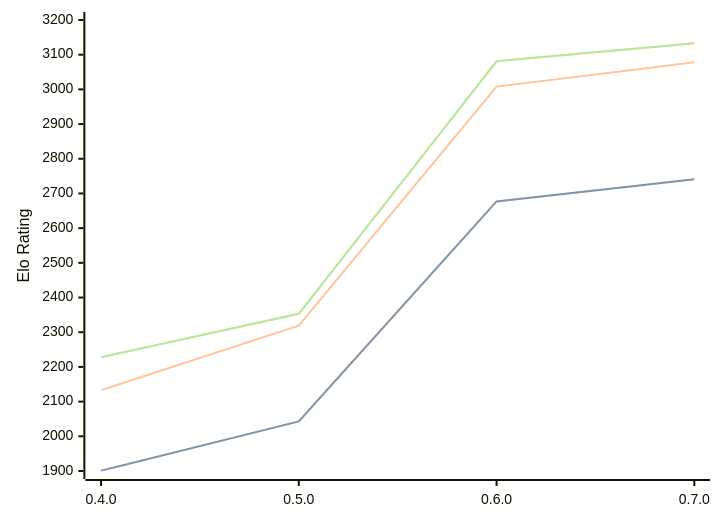
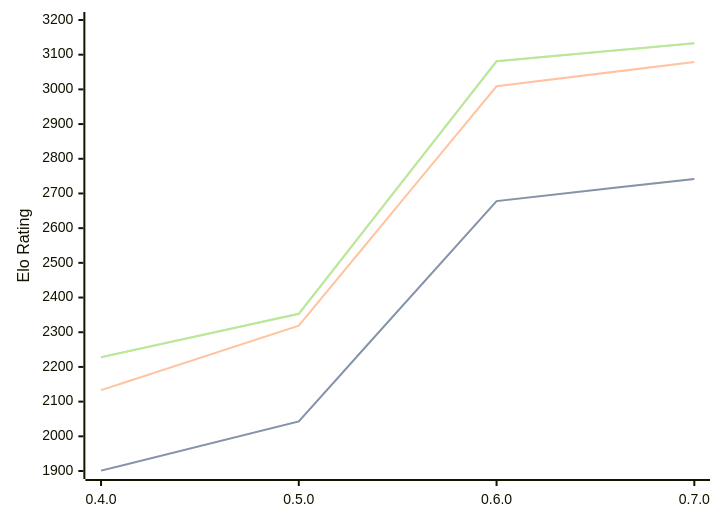
Before and after one commit to computer-chess-index/cci: the diagram in engines/AteNika.md, drawn with Mermaid. The commit also changed other lines of this file, not shown here.

````diff
--- a/engines/AteNika.md
+++ b/engines/AteNika.md
@@ -34,11 +34,11 @@
 ```mermaid
 %%{init: {"theme":"base","themeVariables":{"seriesColors:['#a3a3a3','#222221','#faa371']}}}%%
 xychart-beta
   x-axis ["0.4.0", "0.5.0", "0.6.0", "0.7.0"]
   y-axis "Elo Rating" 1900 --> 3200
-  line "" [1901, 2043, 2677, 2741]
-  line "STC (8.0+0.08s)" [1901, 2043, 2677, 2741]
-  line "LTC (60.0+0.60s)" [2133, 2319, 3008, 3078]
+  line "" [1901, 2043, 2678, 2742]
+  line "STC (8.0+0.08s)" [1901, 2043, 2678, 2742]
+  line "LTC (60.0+0.60s)" [2133, 2319, 3009, 3079]
   line "" [2228, 2353, 3081, 3133]
   line "VLTC (2m24s+1.12s)" [2228, 2353, 3081, 3133]
 ```
````
